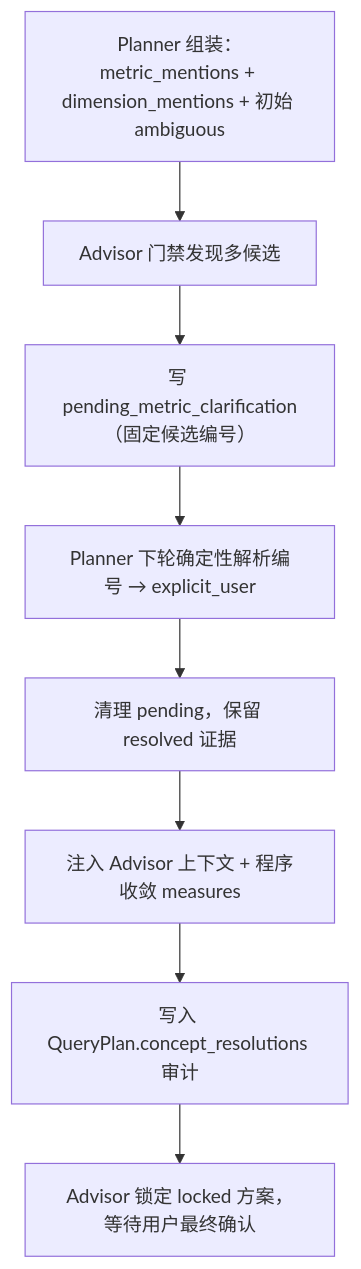
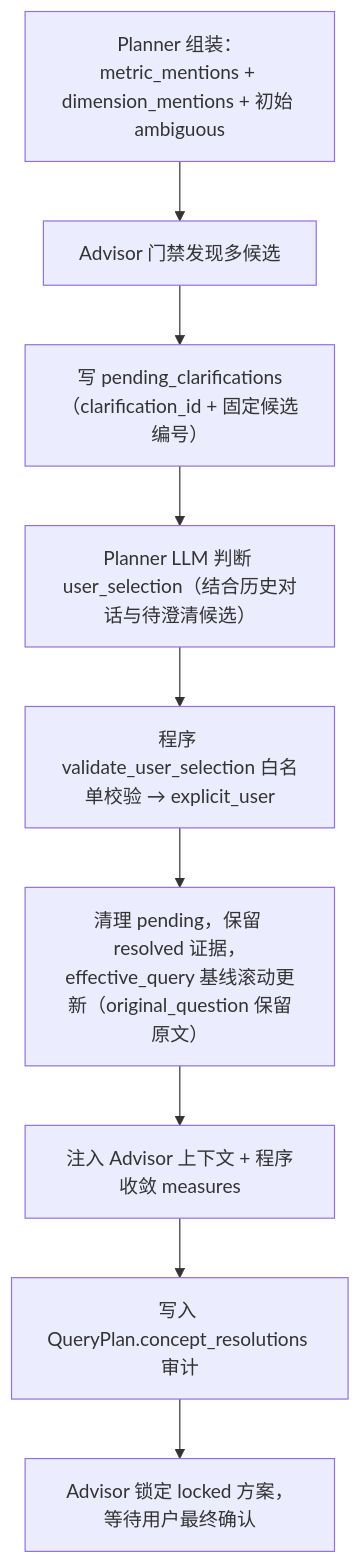
Before and after one commit to 18336621007/warehouseAgent: the fourth of 4 diagrams in docs/架构/多表查询执行过程详解.md, drawn with Mermaid. The commit also changed other lines of this file and 45 other files, not shown here.

````diff
--- a/docs/架构/多表查询执行过程详解.md
+++ b/docs/架构/多表查询执行过程详解.md
@@ -373,10 +877,11 @@
 ```mermaid
 flowchart TD
     A["Planner 组装：metric_mentions + dimension_mentions + 初始 ambiguous"] --> B["Advisor 门禁发现多候选"]
-    B --> C["写 pending_metric_clarification（固定候选编号）"]
-    C --> D["Planner 下轮确定性解析编号 → explicit_user"]
-    D --> E["清理 pending，保留 resolved 证据"]
-    E --> F["注入 Advisor 上下文 + 程序收敛 measures"]
-    F --> G["写入 QueryPlan.concept_resolutions 审计"]
-    G --> H["Advisor 锁定 locked 方案，等待用户最终确认"]
+    B --> C["写 pending_clarifications（clarification_id + 固定候选编号）"]
+    C --> D["Planner LLM 判断 user_selection（结合历史对话与待澄清候选）"]
+    D --> E["程序 validate_user_selection 白名单校验 → explicit_user"]
+    E --> F["清理 pending，保留 resolved 证据，effective_query 基线滚动更新（original_question 保留原文）"]
+    F --> G["注入 Advisor 上下文 + 程序收敛 measures"]
+    G --> H["写入 QueryPlan.concept_resolutions 审计"]
+    H --> I["Advisor 锁定 locked 方案，等待用户最终确认"]
 ```
````
